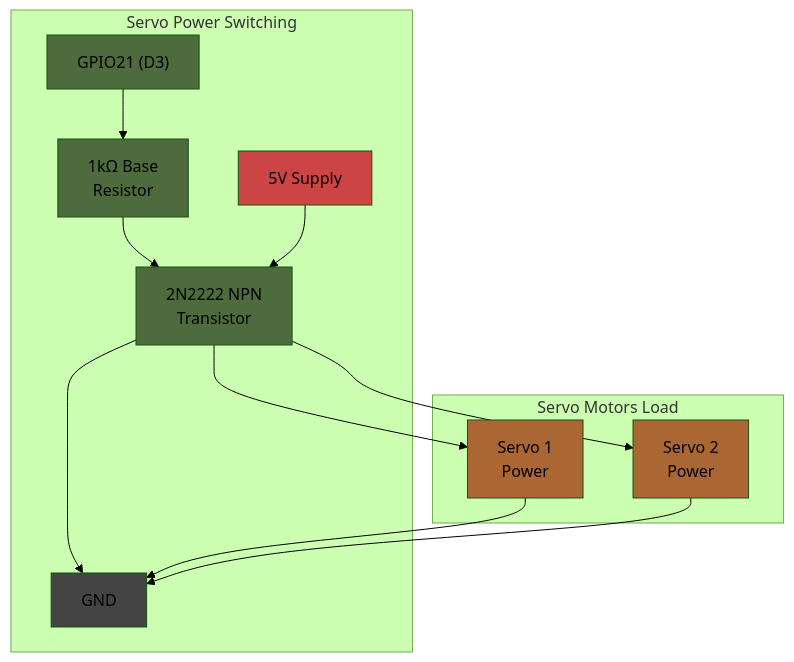
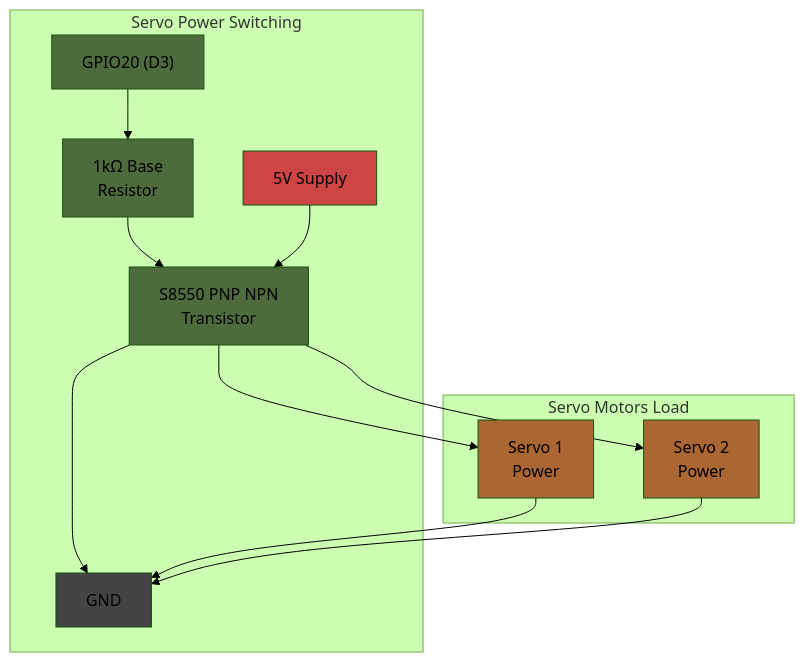
Before and after one commit to Friedjof/AutomaticChickenFeeder: the third of 3 diagrams in docs/circuit_diagram.md, drawn with Mermaid (forest theme). The commit also changed other lines of this file and 4 other files, not shown here.

Commit message:
feat: update README, circuit diagrams, and troubleshooting guide for servo power control; refactor feeding component for improved PWM handling and state management

````diff
--- a/docs/circuit_diagram.md
+++ b/docs/circuit_diagram.md
@@ -110,34 +110,34 @@
 ```mermaid
 graph TB
     subgraph PowerControl["Servo Power Switching"]
-        GPIO21["GPIO21 (D3)"]
+        GPIO20["GPIO20 (D3)"]
         R1["1kΩ Base<br/>Resistor"]
-        Q1["2N2222 NPN<br/>Transistor"]
+        Q1["S8550 PNP NPN<br/>Transistor"]
         VCC5V["5V Supply"]
         GND["GND"]
     end
     
     subgraph ServoLoad["Servo Motors Load"]
         SERVO1_PWR["Servo 1<br/>Power"]
         SERVO2_PWR["Servo 2<br/>Power"]
     end
     
-    GPIO21 --> R1
+    GPIO20 --> R1
     R1 --> Q1
     VCC5V --> Q1
     Q1 --> SERVO1_PWR
     Q1 --> SERVO2_PWR
     Q1 --> GND
     SERVO1_PWR --> GND
     SERVO2_PWR --> GND
     
     classDef control fill:#4d6b3d
     classDef vcc fill:#cc4444
     classDef gnd fill:#444444
     classDef load fill:#aa6633
     
-    class GPIO21,R1,Q1 control
+    class GPIO20,R1,Q1 control
     class VCC5V vcc
     class GND gnd
     class SERVO1_PWR,SERVO2_PWR load
 ```
````
